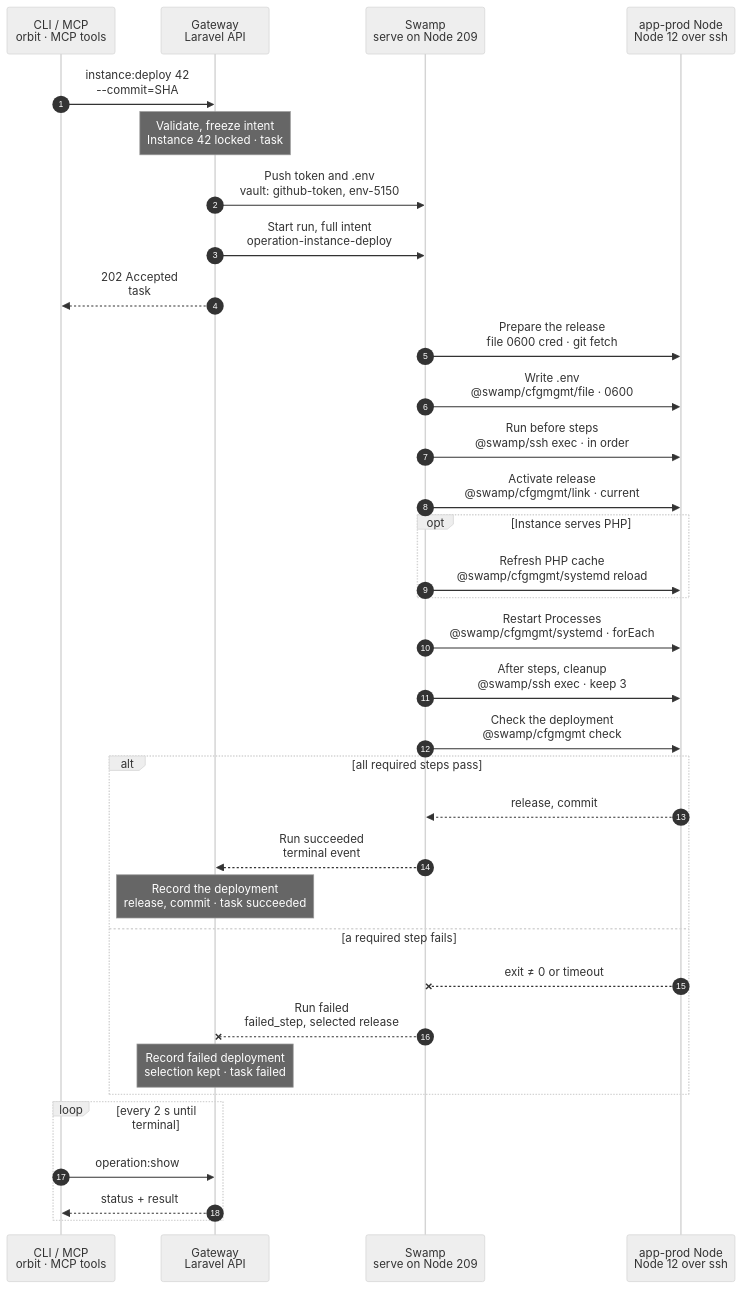
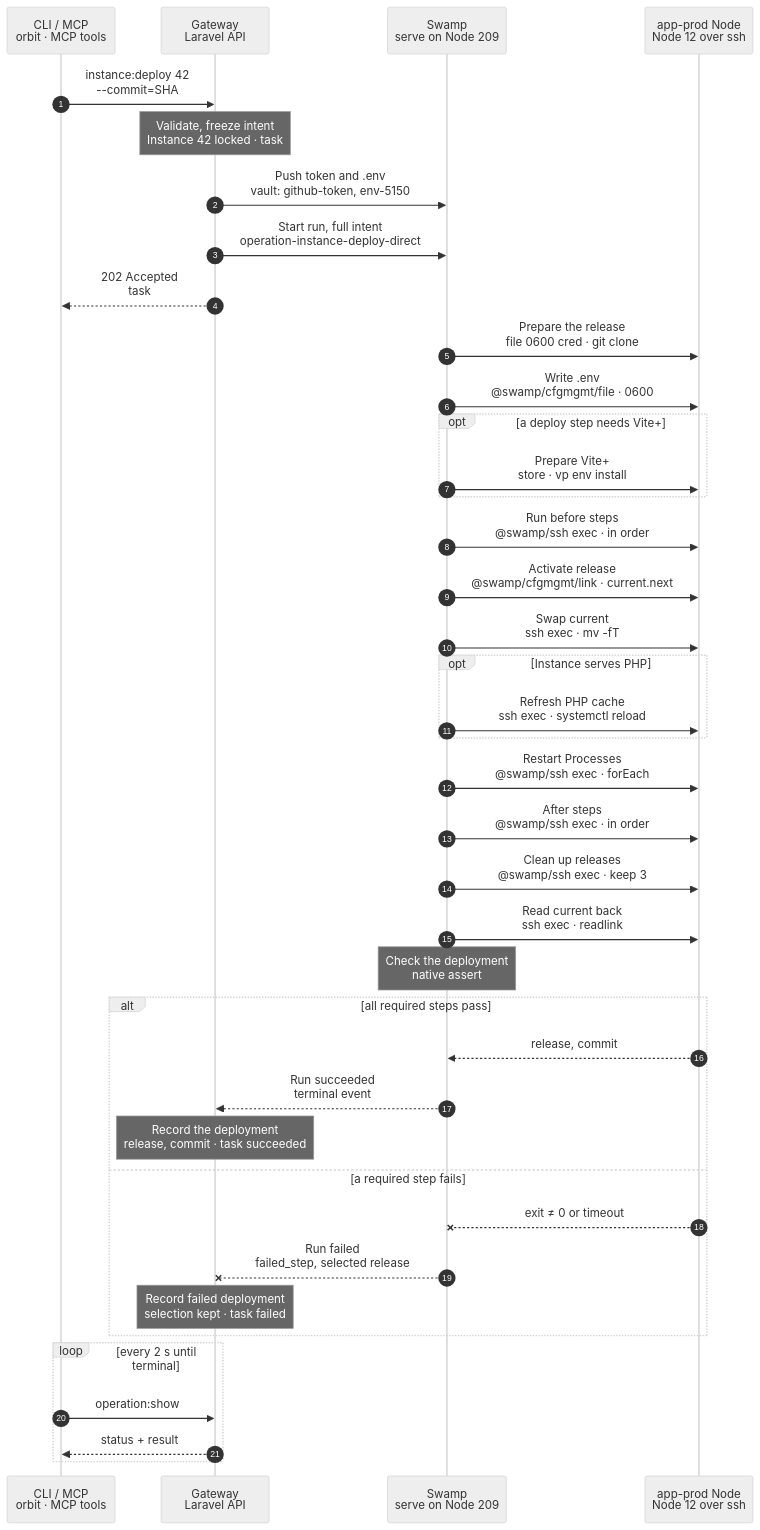
One commit to hardimpactdev/orbit changed the diagram in docs/cli/instance/deploy.mmd. Above: the diagram before and after it, drawn with Mermaid (neutral theme).

Commit message:
docs(instance): production deploy chart adds Prepare Vite+, Swap current and the read-back
Chart-first for the production instance.deploy port. A deploy step can
need Vite+ (hauzer's `vp build`), so an optional "Prepare Vite+" step sits
between Write .env and Run before steps. Activation follows the rollback
shape: `current.next` with cfgmgmt/link, then one atomic `mv -fT` (Swap
current), and the end check reads `current` back before its native
assert. After steps and release cleanup are separate steps, so the
best-effort cleanup is visible on its own.

```diff
--- a/docs/cli/instance/deploy.mmd
+++ b/docs/cli/instance/deploy.mmd
@@ -1,154 +1,174 @@
 sequenceDiagram
   %% Target design: ADR 0244 task + full intent as inputs, single-swamp-node; DECISIONS 1 (token minted at admission, vault.get), 3 (automatic deploy = Gateway-published native schedule, no POST back), 4 / R1-R4 (process.stop shape); .env through the vault as in instance.create; rule 7 (reload over restart, restart_on_deploy only). docs/reference/deployments.md.
   %% Tightened: flow-tighten 2026-11-02, rules 21, 22 (automatic deploys only in instance.auto_deploy; cfgmgmt file/link/systemd, 0600 credential file for the fetch).
   %% status: draft
   %% command: instance:deploy
   %% kind: instance.deploy
   autonumber
   %% lane CLI icon=terminal pill=caller tone=gray
   %% lane GW icon=gateway pill=intent tone=blue
   %% lane SW icon=workflow pill=executes tone=green
   %% lane N icon=server pill=target tone=amber
   participant CLI as CLI / MCP<br/>orbit · MCP tools
   participant GW as Gateway<br/>Laravel API
   participant SW as Swamp<br/>serve on Node 209
   participant N as app-prod Node<br/>Node 12 over ssh
   CLI->>GW: instance:deploy 42<br/>--commit=SHA
   %%> Command:
   %%> - `orbit instance:deploy 42`
   %%> - syntax: `<instance> [--commit=SHA] [--idempotency-key=KEY] [--json]`
   %%> Input:
   %%> - the Instance; without `--commit`, the newest commit of its deployment branch
   %%> - `--commit`: a full commit SHA that must be on the branch's first-parent chain
   %%> Who can call it:
   %%> - the `orbit` CLI and the MCP tool send the same request
   %%> - automatic deploys start the same deploy steps from a native schedule; see the `instance.auto_deploy` chart
   Note over GW: Validate, freeze intent<br/>Instance 42 locked · task #5150
   %%> Requirements:
   %%> - your Node has an access grant to Node 12
   %%> - Instance 42 is an active production Instance of Project 7 on Node 12
   %%> - no other operation holds Instance 42; else `operation.target_busy`
   %%> Freezes:
   %%> - the branch and commit, the deploy steps, the shared paths and the release name
   %%> - the Project's Process and Schedule definitions and the PHP runtime
   %%> - the account `orbit-app-7` and its home `/home/orbit-app-7`
   %%> Renders .env:
   %%> - from the stored environment of Instance 42
   %%> Result:
   %%> - deployment 88 recorded as running; task #5150 recorded with the full intent
   %%> - a manual deploy pauses automatic deployment of Instance 42
   %%> - nothing has happened on the Node yet
   GW->>SW: Push token and .env<br/>vault: github-token, env-5150
   %%> Why:
   %%> - the repository is private, and only the Gateway holds the GitHub App key
   %%> - `.env` can hold secrets, which travel only through the vault
   %%> What it does:
   %%> - mints a read token for this one repository, valid 1 hour
   %%> - pushes the token and the rendered `.env` into Swamp's vault
   %%> Result:
   %%> - the run reads both with `vault.get`; no step calls the Gateway back
-  GW->>SW: Start run, full intent<br/>operation-instance-deploy
+  GW->>SW: Start run, full intent<br/>operation-instance-deploy-direct
   %%> What it does:
   %%> - starts one run on Swamp serve (Node 209); every step runs there
   %%> Inputs:
   %%> - Node 12's address and SSH host keys; the SSH identity comes from the `swamp` role
   %%> - the frozen intent; secrets only as vault key names
   %%> Budget:
   %%> - the sum of the deploy step timeouts plus 900 s
   GW-->>CLI: 202 Accepted<br/>task #5150
   %%> What you get:
   %%> - the task number, at once
   %%> Next:
   %%> - the CLI follows the task until it ends
-  SW->>N: Prepare the release<br/>file 0600 cred · git fetch
+  SW->>N: Prepare the release<br/>file 0600 cred · git clone
   %%> How:
   %%> - Swamp reaches Node 12 over `@swamp/ssh` from 209; nothing is copied to the Node
-  %%> - `@swamp/cfgmgmt/file` writes the vault token as a 0600 credential file; git reads it, so the token never enters argv
-  %%> - shared paths and `.env` links with `@swamp/cfgmgmt/link`
+  %%> - `@swamp/cfgmgmt/file` writes the vault token as a 0600 credential file; git reads it, so the token never enters argv; the file goes after the clone
+  %%> - each other action is one argv; shared paths and `.env` links with `@swamp/cfgmgmt/link`
   %%> What it does:
-  %%> - fetches the branch into a new folder under `releases/` and checks out exactly the frozen commit
+  %%> - clones the repository into a new folder under `releases/` and checks out exactly the frozen commit, or the branch head
   %%> - refuses a commit that is not on the branch's first-parent chain (`deployment.commit_not_on_branch`)
-  %%> - links the shared paths, the public storage link and each `.env` link
+  %%> - seeds and links the shared paths, the public storage link and each `.env` link
   %%> Runs as:
   %%> - `orbit-app-7`, through sudo
   SW->>N: Write .env<br/>@swamp/cfgmgmt/file · 0600
   %%> What it does:
+  %%> - reads the key names of `/home/orbit-app-7/.env` and refuses keys Orbit does not manage (`env.sync_would_drop_keys`)
   %%> - writes the rendered `.env` from the vault into `/home/orbit-app-7/.env`, atomically
   %%> Not included:
   %%> - restarts nothing; the running release keeps serving
+  opt a deploy step needs Vite+
+    SW->>N: Prepare Vite+<br/>store · vp env install
+    %%> What it does:
+    %%> - reads the new release's `package.json`, lock files and Node pins, as `orbit-app-7`
+    %%> - installs the pinned Node and package manager into the Vite+ store, then verifies them
+    %%> Shared with:
+    %%> - the same steps a development deploy and `instance:clone` run
+    %%> Fails with:
+    %%> - `deployment.vp_requirements_invalid` or `deployment.vp_store_failed`; the old release stays selected
+  end
   SW->>N: Run before steps<br/>@swamp/ssh exec · in order
   %%> What it does:
-  %%> - runs each `before_activation` deploy step in order, from the new release, as `orbit-app-7`
+  %%> - writes each deploy step from the vault as a 0600 file of `orbit-app-7`
+  %%> - runs each `before_activation` deploy step in order, from the new release, as `orbit-app-7`, under `vp env exec` when it needs Vite+
   %%> - for example `composer install`, `php artisan migrate --force`
   %%> Limits:
   %%> - each step has its own timeout; a required step that fails stops the run
-  SW->>N: Activate release<br/>@swamp/cfgmgmt/link · current
+  %%> - the run history keeps no step output
+  SW->>N: Activate release<br/>@swamp/cfgmgmt/link · current.next
   %%> What it does:
-  %%> - checks each served web root and its `.env` links in the new release
-  %%> - replaces the `current` link with one atomic rename
+  %%> - grants Caddy access to each served web root in the new release
+  %%> - writes `current.next`, owned by `orbit-app-7`, pointing at the new release
+  SW->>N: Swap current<br/>ssh exec · mv -fT
+  %%> What it does:
+  %%> - renames `current.next` over `current` with one atomic rename, so `current` always exists
   %%> Why:
   %%> - Caddy resolves `current` per request, so new requests use the new release at once
   opt Instance serves PHP
-    SW->>N: Refresh PHP cache<br/>@swamp/cfgmgmt/systemd reload
+    SW->>N: Refresh PHP cache<br/>ssh exec · systemctl reload
     %%> What it does:
-    %%> - converges the dedicated PHP-FPM pool of Instance 42 from the frozen PHP runtime
-    %%> - reloads it gracefully, so running requests finish; then resets OPcache and waits for it
-    %%> When a restart is needed:
-    %%> - only when the pool's runtime itself changed, such as the PHP version
+    %%> - reloads the dedicated PHP-FPM service of Instance 42 gracefully, so running requests finish
+    %%> - the new workers resolve `current` again and start with an empty OPcache
   end
-  SW->>N: Restart Processes<br/>@swamp/cfgmgmt/systemd · forEach
+  SW->>N: Restart Processes<br/>@swamp/ssh exec · forEach
   %%> What it does:
   %%> - installs the frozen Process definitions and the `laravel-scheduler` timer, in the `process.create` shape; other Schedules are native Swamp schedules and install nothing here
   %%> - for each running Process with `restart_on_deploy`: reload when the Process allows it, else restart
   %%> - for example Horizon: `php artisan horizon:terminate`, so jobs finish first
   %%> Not included:
   %%> - Processes without `restart_on_deploy`, and stopped Processes, stay as they are
-  SW->>N: After steps, cleanup<br/>@swamp/ssh exec · keep 3
+  SW->>N: After steps<br/>@swamp/ssh exec · in order
   %%> What it does:
   %%> - runs each `after_activation` deploy step in order, as `orbit-app-7`
-  %%> - then removes old releases; the home keeps at most 3
+  %%> - then removes the deploy step files
+  SW->>N: Clean up releases<br/>@swamp/ssh exec · keep 3
+  %%> What it does:
+  %%> - removes the releases the home no longer keeps; the home keeps at most 3
   %%> Cleanup:
   %%> - best effort; a failed cleanup is a warning, not a failed deploy
   %%> - a release that a running process still uses stays
-  SW->>N: Check the deployment<br/>@swamp/cfgmgmt check
+  SW->>N: Read current back<br/>ssh exec · readlink
   %%> What it does:
-  %%> - reads `current` back and checks it selects the new release and commit
-  %%> - checks that each restarted Process is active
+  %%> - reads the live `current` link on Node 12
+  Note over SW: Check the deployment<br/>native assert
+  %%> What it does:
+  %%> - checks the link read back selects the new release
+  %%> - each restarted Process was checked by its own restart
   alt all required steps pass
     N-->>SW: release, commit
     %%> Returns:
     %%> - the selected release and its commit, and the restarted Processes
     SW-->>GW: Run succeeded<br/>terminal event
     %%> How the Gateway learns it:
     %%> - its shared run reader sees the terminal event and reads the outputs; Swamp never calls the Gateway
     Note over GW: Record the deployment<br/>release, commit · task succeeded
     %%> Result:
     %%> - deployment 88 succeeds with its release and commit
     %%> - task #5150 succeeds
   else a required step fails
     N--xSW: exit ≠ 0 or timeout
     %%> When:
     %%> - a required step exits with an error, SSH fails, or the budget runs out
     SW--xGW: Run failed<br/>failed_step, selected release
     %%> The Gateway reads:
     %%> - which step failed, its error code and output tail
     %%> - which release `current` selects now
     Note over GW: Record failed deployment<br/>selection kept · task failed
     %%> Result:
     %%> - deployment 88 is marked failed; task #5150 fails
     %%> On the Node:
     %%> - a failure before activation keeps the old release selected
     %%> - a failure after activation keeps the new release selected
     %%> - Orbit undoes no step and no data change; the new release folder stays until a cleanup
     %%> Retry:
     %%> - deploy again after a fix; it is a new task with a new release
   end
   loop every 2 s until terminal
     CLI->>GW: operation:show #5150
     %%> What it does:
     %%> - asks for the task's status until it has ended
     %%> - the CLI uses Reverb events when the `websocket` role is active
     GW-->>CLI: status + result
     %%> Returns:
     %%> - the current status, and the result once the task has ended
   end
```
